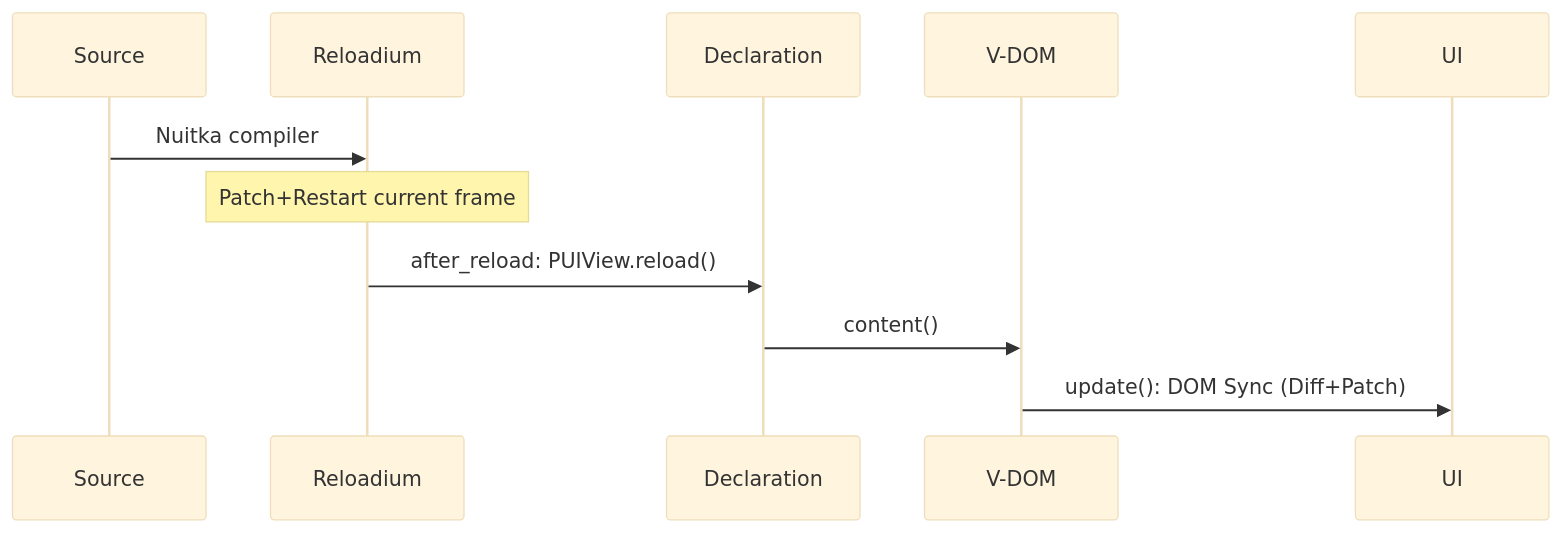
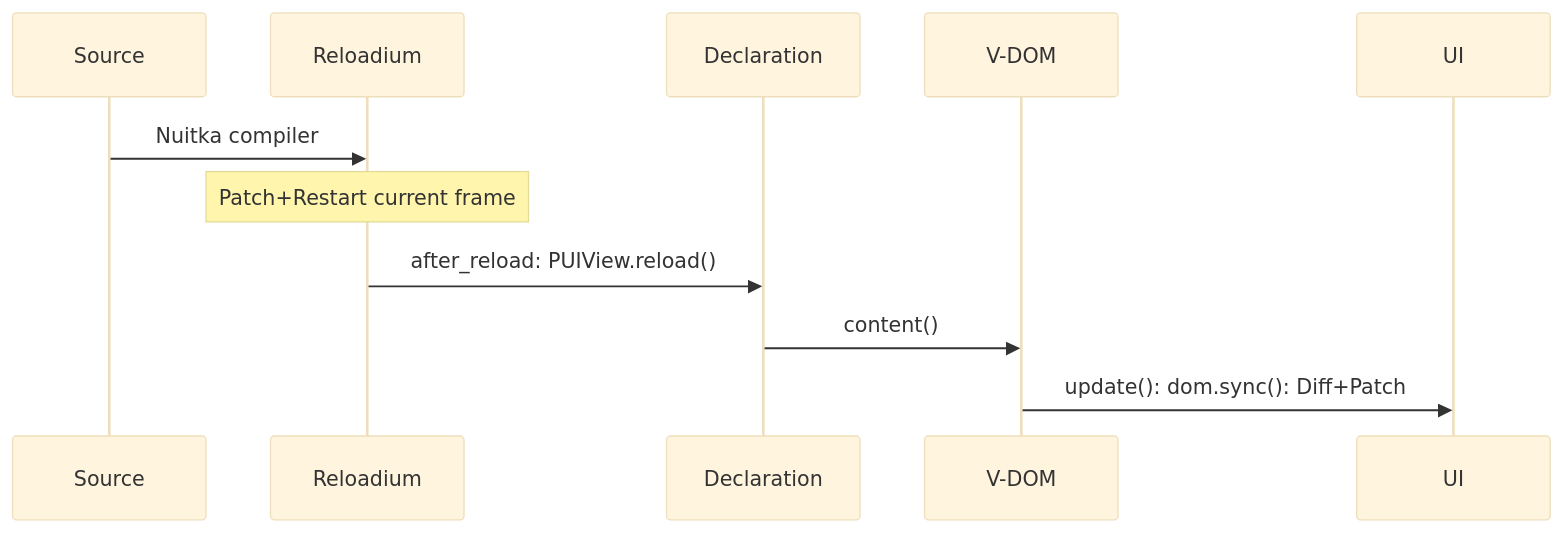
The third of 3 diagrams in doc/DOM.md (buganini/PUI), drawn with Mermaid (base theme) before and after one commit. The commit also changed other lines of this file, not shown here.

````diff
--- a/doc/DOM.md
+++ b/doc/DOM.md
@@ -27,14 +27,14 @@
 ```mermaid
 sequenceDiagram
     participant Source
     participant Reloadium
     participant Declaration
     participant V-DOM
     participant UI
 
     Source->>Reloadium: Nuitka compiler
     note over Reloadium: Patch+Restart current frame
     Reloadium->>Declaration: after_reload: PUIView.reload()
     Declaration->>V-DOM: content()
-    V-DOM->>UI: update(): DOM Sync (Diff+Patch)
+    V-DOM->>UI: update(): dom.sync(): Diff+Patch
 ```
````
